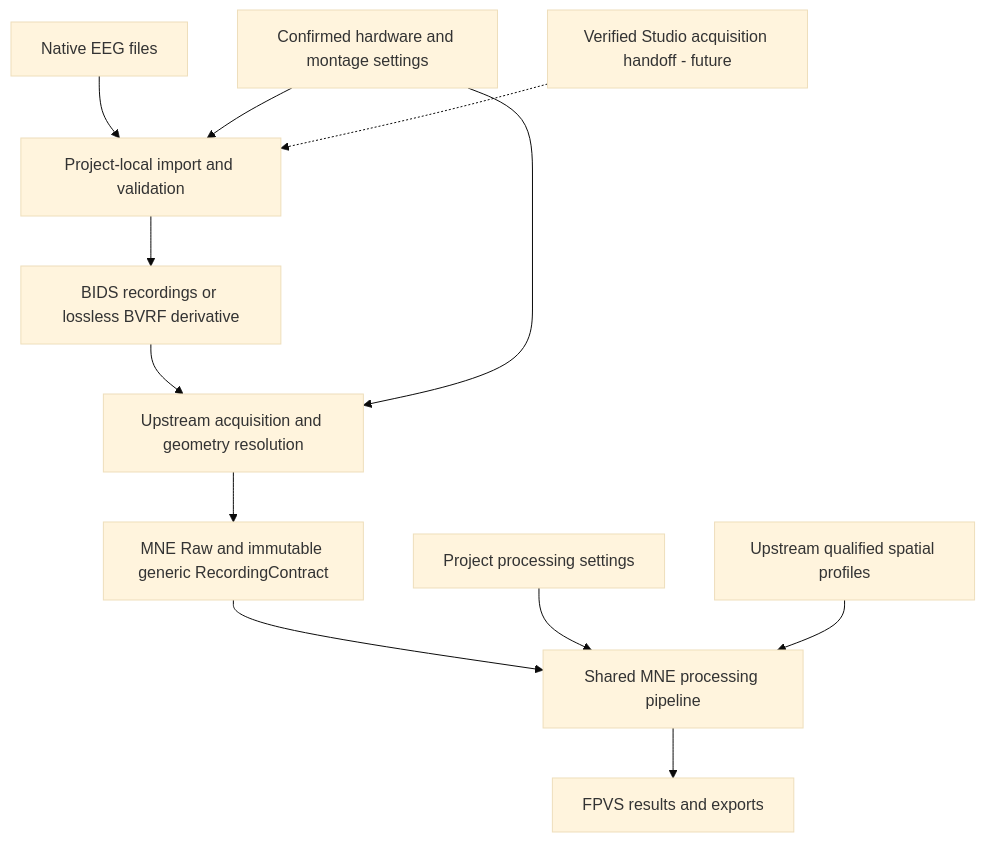
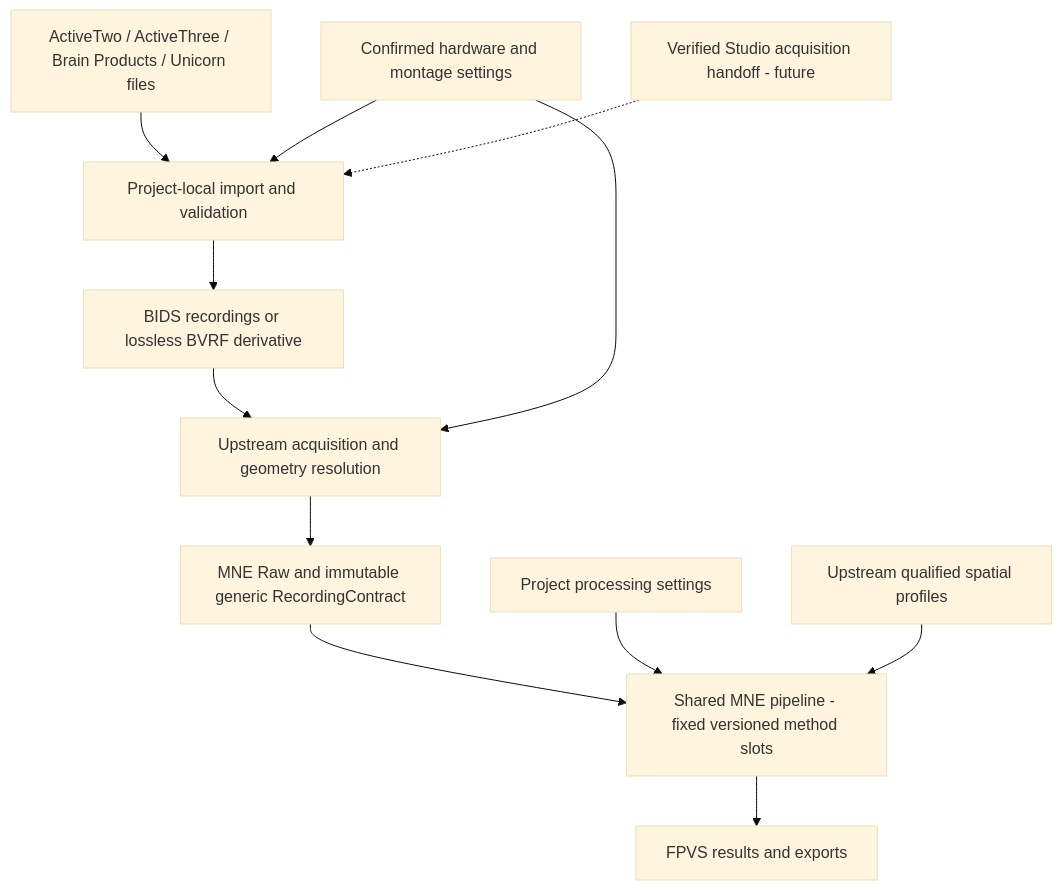
Before and after one commit to zcm58/FPVS-Toolbox: the diagram in docs/agent/architecture/figures/canonical-eeg-recording.mmd, drawn with Mermaid (base theme). The commit also changed 74 other files, not shown here.

```diff
--- a/docs/agent/architecture/figures/canonical-eeg-recording.mmd
+++ b/docs/agent/architecture/figures/canonical-eeg-recording.mmd
@@ -1,13 +1,13 @@
 flowchart TD
-    A[Native EEG files] --> B[Project-local import and validation]
+    A[ActiveTwo / ActiveThree / Brain Products / Unicorn files] --> B[Project-local import and validation]
     P[Confirmed hardware and montage settings] --> B
     S[Verified Studio acquisition handoff - future] -.-> B
     B --> C[BIDS recordings or lossless BVRF derivative]
     C --> D[Upstream acquisition and geometry resolution]
     P --> D
     D --> E
     E[MNE Raw and immutable generic RecordingContract]
-    E --> F[Shared MNE processing pipeline]
+    E --> F[Shared MNE pipeline - fixed versioned method slots]
     U[Project processing settings] --> F
     Q[Upstream qualified spatial profiles] --> F
     F --> G[FPVS results and exports]
```
